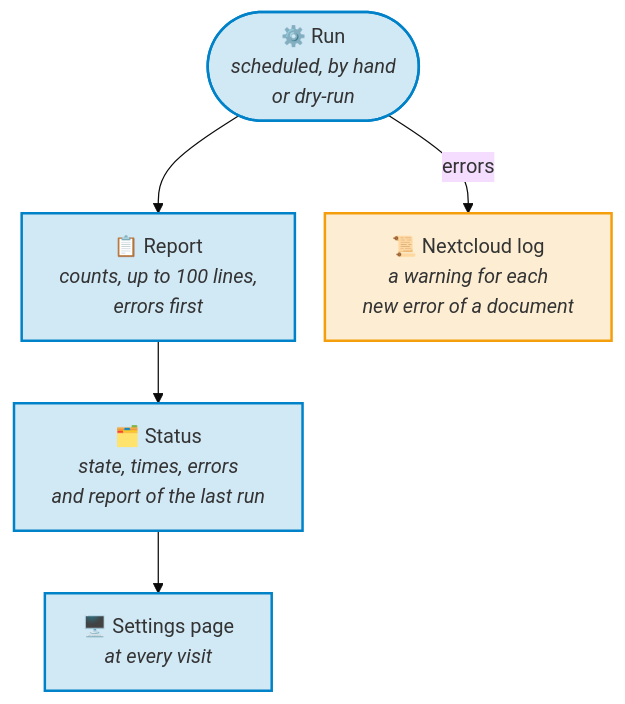
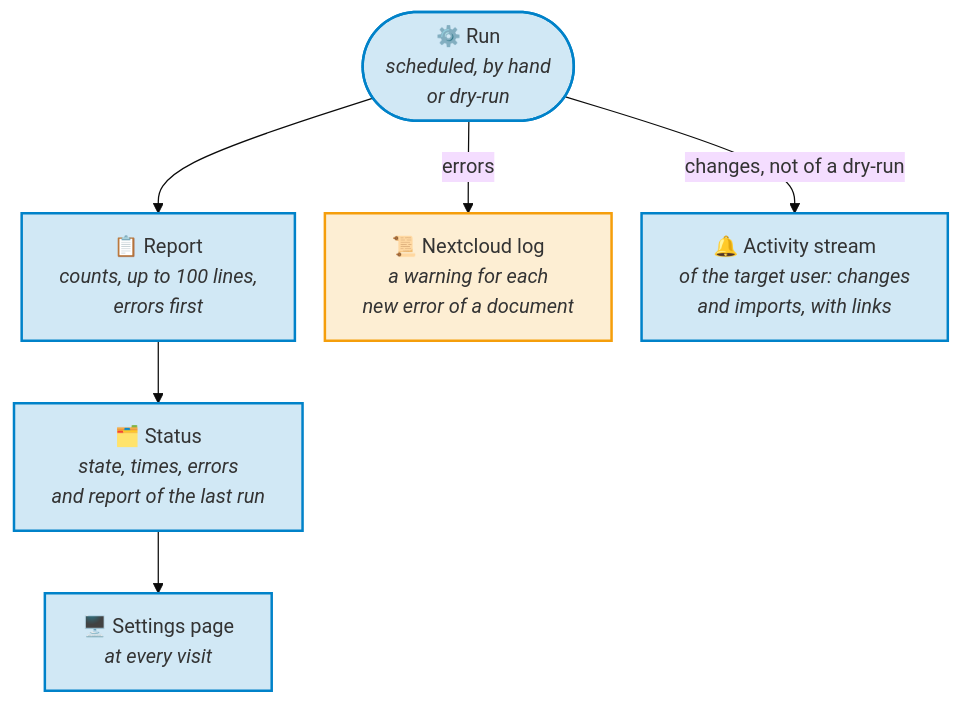
Before and after one commit to Dennis-Otto/paperless-sync: the diagram in docs/diagrams/where-the-outcome-of-a-run-goes.mmd, drawn with Mermaid (base theme). The commit also changed 44 other files, not shown here.

First line of the commit message:
feat: Activity entries for runs and imports (#142)

```diff
--- a/docs/diagrams/where-the-outcome-of-a-run-goes.mmd
+++ b/docs/diagrams/where-the-outcome-of-a-run-goes.mmd
@@ -1,22 +1,24 @@
 ---
 config:
   flowchart:
     nodeSpacing: 24
 ---
 flowchart TB
     accTitle: Where the outcome of a run goes
-    accDescr: A run, scheduled, by hand or a dry-run, writes its report. The status of the app keeps the state, the times and the report of the last run, which the settings page shows at every visit, the errors first. The error of a document goes to the Nextcloud log as a warning when it first occurs or changes.
+    accDescr: A run, scheduled, by hand or a dry-run, writes its report. The status of the app keeps the state, the times and the report of the last run, which the settings page shows at every visit, the errors first. The error of a document goes to the Nextcloud log as a warning when it first occurs or changes. A run that changed something, and every import that Paperless finished, failed or refused, adds an entry to the Activity stream of the target user, with links to the files, but a dry-run adds none.
 
     run(["`⚙️ Run<br>*scheduled, by hand<br>or dry-run*`"])
     report["`📋 Report<br>*counts, up to 100 lines,<br>errors first*`"]
     status["`🗂️ Status<br>*state, times, errors<br>and report of the last run*`"]
     page["`🖥️ Settings page<br>*at every visit*`"]
     log["`📜 Nextcloud log<br>*a warning for each<br>new error of a document*`"]
+    activity["`🔔 Activity stream<br>*of the target user: changes<br>and imports, with links*`"]
 
     run --> report --> status --> page
     run -- "errors" --> log
+    run -- "changes, not of a dry-run" --> activity
 
     classDef nextcloud fill:#0082c92e,stroke:#0082c9,stroke-width:2px
     classDef warning fill:#f59e0b2e,stroke:#f59e0b,stroke-width:2px
-    class run,report,status,page nextcloud
+    class run,report,status,page,activity nextcloud
     class log warning
```
